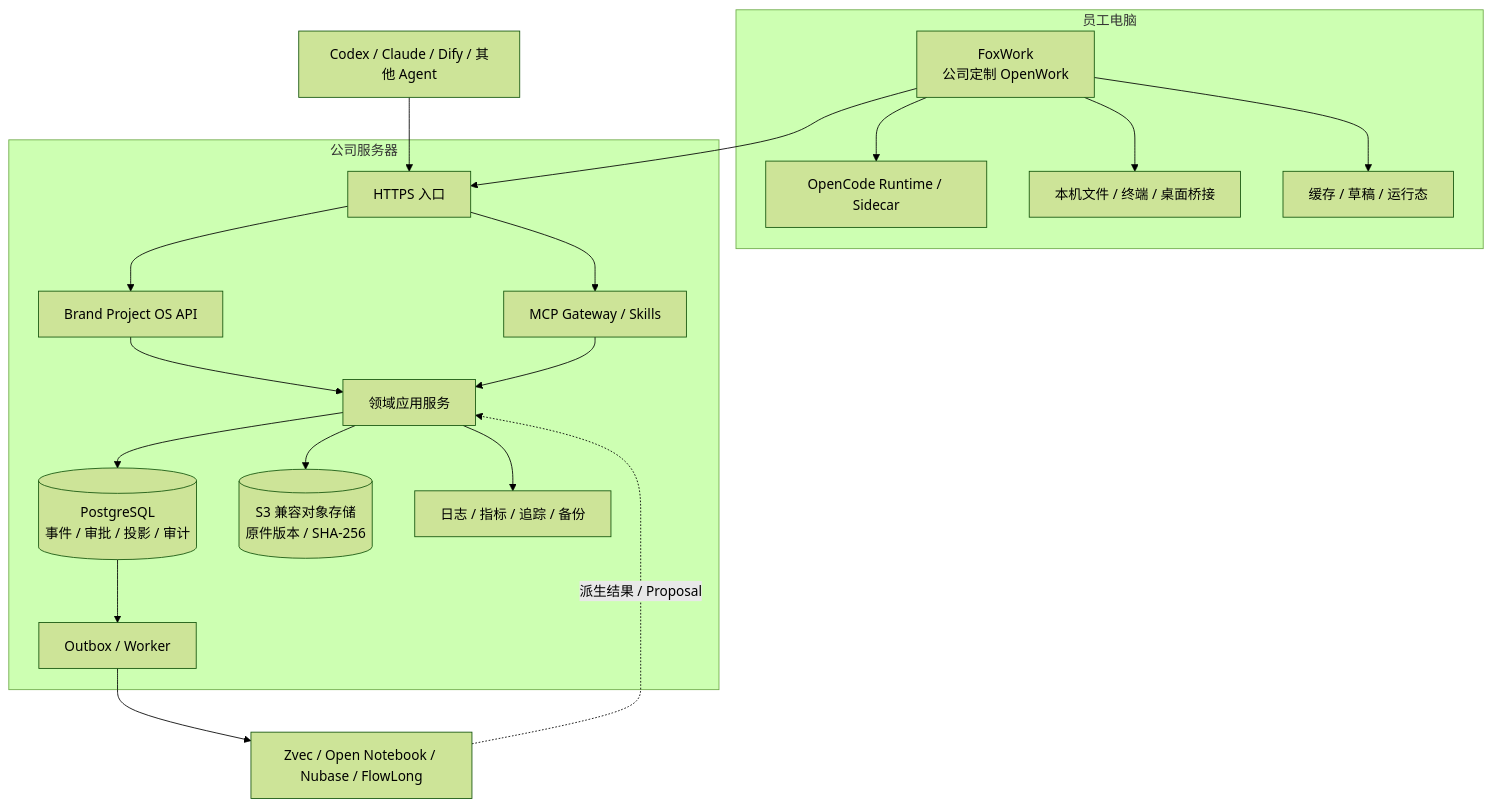
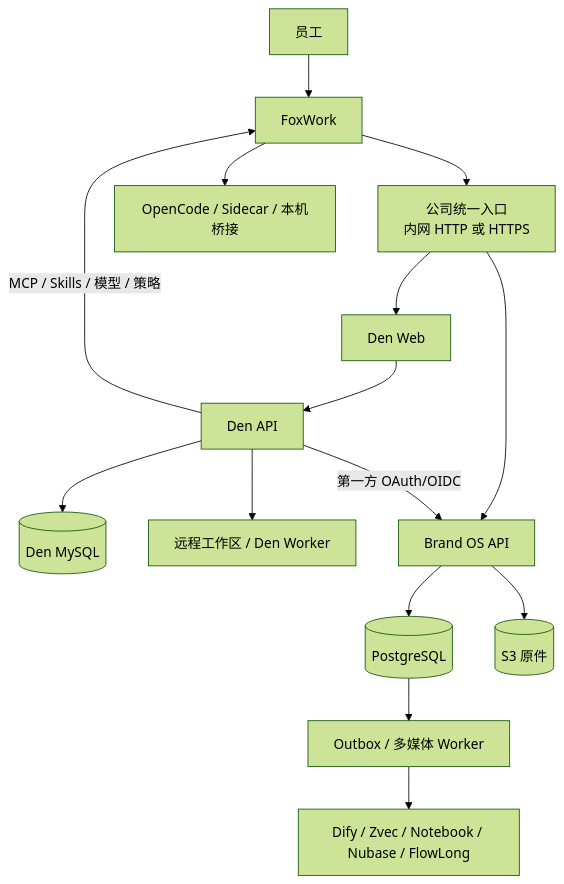
One commit to xingranya/fox changed the diagram in docs/analysis/deployment-topology-evaluation.md. Above: the diagram before and after it, drawn with Mermaid (forest theme). The commit also changed other lines of this file and 43 other files, not shown here.

First line of the commit message:
docs(spec): 统一 Den 与 Brand OS 活动规划

````diff
--- a/docs/analysis/deployment-topology-evaluation.md
+++ b/docs/analysis/deployment-topology-evaluation.md
@@ -33,35 +20,19 @@
 ```mermaid
 flowchart TB
-    subgraph DEVICE["员工电脑"]
-        DESKTOP["FoxWork\n公司定制 OpenWork"]
-        RUNTIME["OpenCode Runtime / Sidecar"]
-        BRIDGE["本机文件 / 终端 / 桌面桥接"]
-        CACHE["缓存 / 草稿 / 运行态"]
-        DESKTOP --> RUNTIME
-        DESKTOP --> BRIDGE
-        DESKTOP --> CACHE
-    end
+    USER["员工"] --> FOXWORK["FoxWork"]
+    FOXWORK --> ENTRY["公司统一入口\n内网 HTTP 或 HTTPS"]
+    ENTRY --> DENWEB["Den Web"]
+    DENWEB --> DENAPI["Den API"]
+    DENAPI --> MYSQL[("Den MySQL")]
+    DENAPI --> REMOTE["远程工作区 / Den Worker"]
 
-    subgraph COMPANY["公司服务器"]
-        EDGE["HTTPS 入口"]
-        API["Brand Project OS API"]
-        MCP["MCP Gateway / Skills"]
-        APP["领域应用服务"]
-        PG[("PostgreSQL\n事件 / 审批 / 投影 / 审计")]
-        OBJ[("S3 兼容对象存储\n原件版本 / SHA-256")]
-        JOB["Outbox / Worker"]
-        OBS["日志 / 指标 / 追踪 / 备份"]
+    ENTRY --> BRANDAPI["Brand OS API"]
+    DENAPI -->|"第一方 OAuth/OIDC"| BRANDAPI
+    BRANDAPI --> PG[("PostgreSQL")]
+    BRANDAPI --> S3[("S3 原件")]
+    PG --> WORKER["Outbox / 多媒体 Worker"]
+    WORKER --> OPTIONAL["Dify / Zvec / Notebook / Nubase / FlowLong"]
 
-        EDGE --> API --> APP
-        EDGE --> MCP --> APP
-        APP --> PG
-        APP --> OBJ
-        PG --> JOB
-        APP --> OBS
-    end
-
-    DESKTOP --> EDGE
-    AGENT["Codex / Claude / Dify / 其他 Agent"] --> EDGE
-    JOB --> ADAPTERS["Zvec / Open Notebook / Nubase / FlowLong"]
-    ADAPTERS -. "派生结果 / Proposal" .-> APP
+    DENAPI -->|"MCP / Skills / 模型 / 策略"| FOXWORK
+    FOXWORK --> LOCAL["OpenCode / Sidecar / 本机桥接"]
 ```
````
